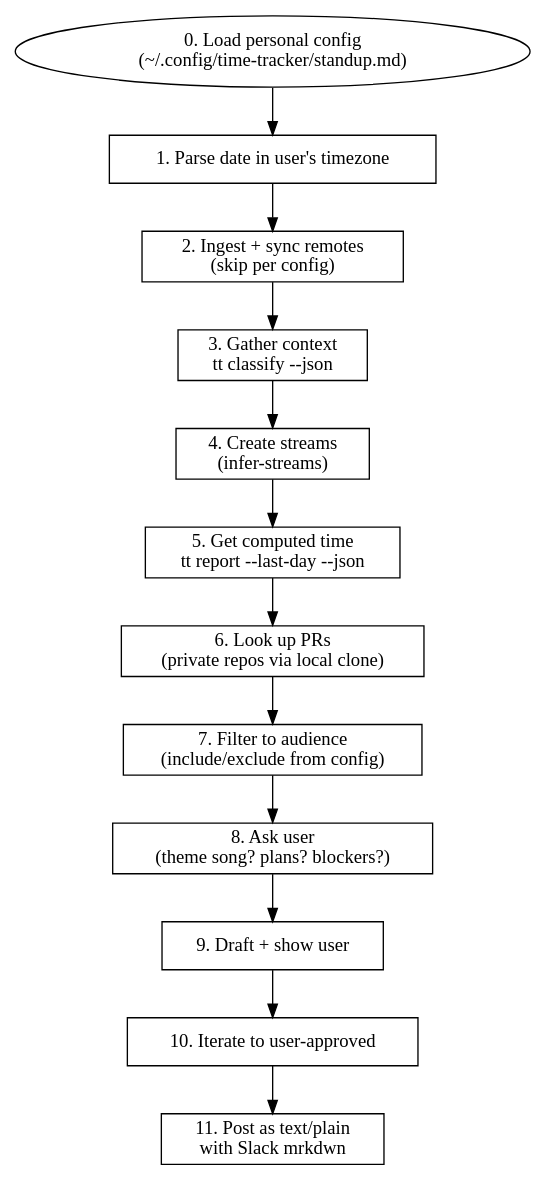
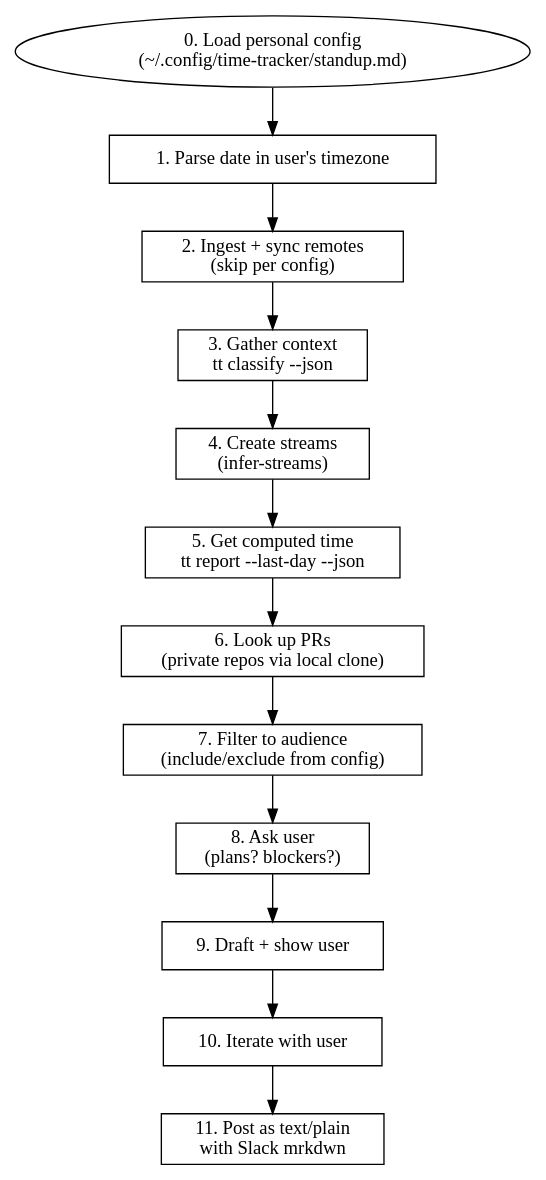
Before and after one commit to sjawhar/time-tracker: the diagram in .opencode/skills/daily-standup/SKILL.md, drawn with Graphviz. The commit also changed other lines of this file and 2 other files, not shown here.

First line of the commit message:
Drain local events.jsonl on ingest; remove theme-song from standup skill (#40)

````diff
--- a/.opencode/skills/daily-standup/SKILL.md
+++ b/.opencode/skills/daily-standup/SKILL.md
@@ -56,21 +56,21 @@
 ```dot
 digraph standup {
   rankdir=TB;
   node [shape=box];
 
   cfg [label="0. Load personal config\n(~/.config/time-tracker/standup.md)" shape=ellipse];
   start [label="1. Parse date in user's timezone"];
   ingest [label="2. Ingest + sync remotes\n(skip per config)"];
   gather [label="3. Gather context\ntt classify --json"];
   analyze [label="4. Create streams\n(infer-streams)"];
   compute [label="5. Get computed time\ntt report --last-day --json"];
   prs [label="6. Look up PRs\n(private repos via local clone)"];
   filter [label="7. Filter to audience\n(include/exclude from config)"];
-  ask [label="8. Ask user\n(theme song? plans? blockers?)"];
+  ask [label="8. Ask user\n(plans? blockers?)"];
   draft [label="9. Draft + show user"];
-  iterate [label="10. Iterate to user-approved"];
+  iterate [label="10. Iterate with user"];
   post [label="11. Post as text/plain\nwith Slack mrkdwn"];
 
   cfg -> start -> ingest -> gather -> analyze -> compute -> prs -> filter -> ask -> draft -> iterate -> post;
 }
 ```
````
